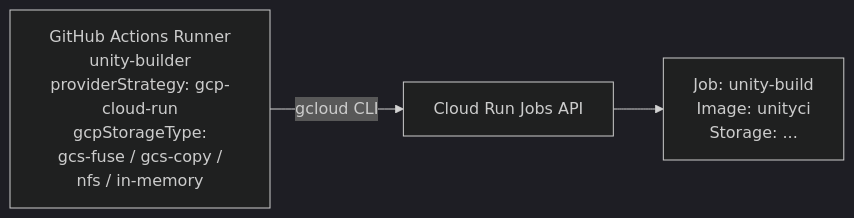
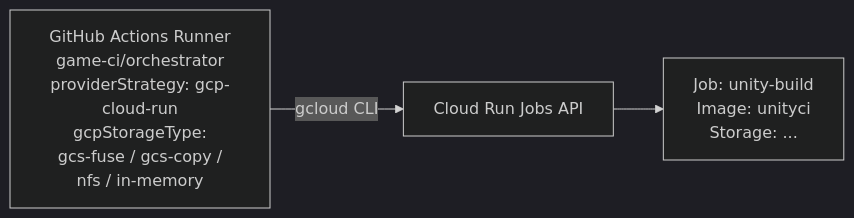
Before and after one commit to game-ci/documentation: the diagram in docs/03-github-orchestrator/05-providers/10-gcp-cloud-run.mdx, drawn with Mermaid (dark theme). The commit also changed other lines of this file and 62 other files, not shown here.

````diff
--- a/docs/03-github-orchestrator/05-providers/10-gcp-cloud-run.mdx
+++ b/docs/03-github-orchestrator/05-providers/10-gcp-cloud-run.mdx
@@ -12,7 +12,7 @@
 ```mermaid
 graph LR
-    Runner["GitHub Actions Runner<br/>unity-builder<br/>providerStrategy: gcp-cloud-run<br/>gcpStorageType:<br/>gcs-fuse / gcs-copy /<br/>nfs / in-memory"]
+    Runner["GitHub Actions Runner<br/>game-ci/orchestrator<br/>providerStrategy: gcp-cloud-run<br/>gcpStorageType:<br/>gcs-fuse / gcs-copy /<br/>nfs / in-memory"]
     API["Cloud Run Jobs API"]
     Job["Job: unity-build<br/>Image: unityci<br/>Storage: ..."]
     Runner -->|gcloud CLI| API --> Job
 ```
````
